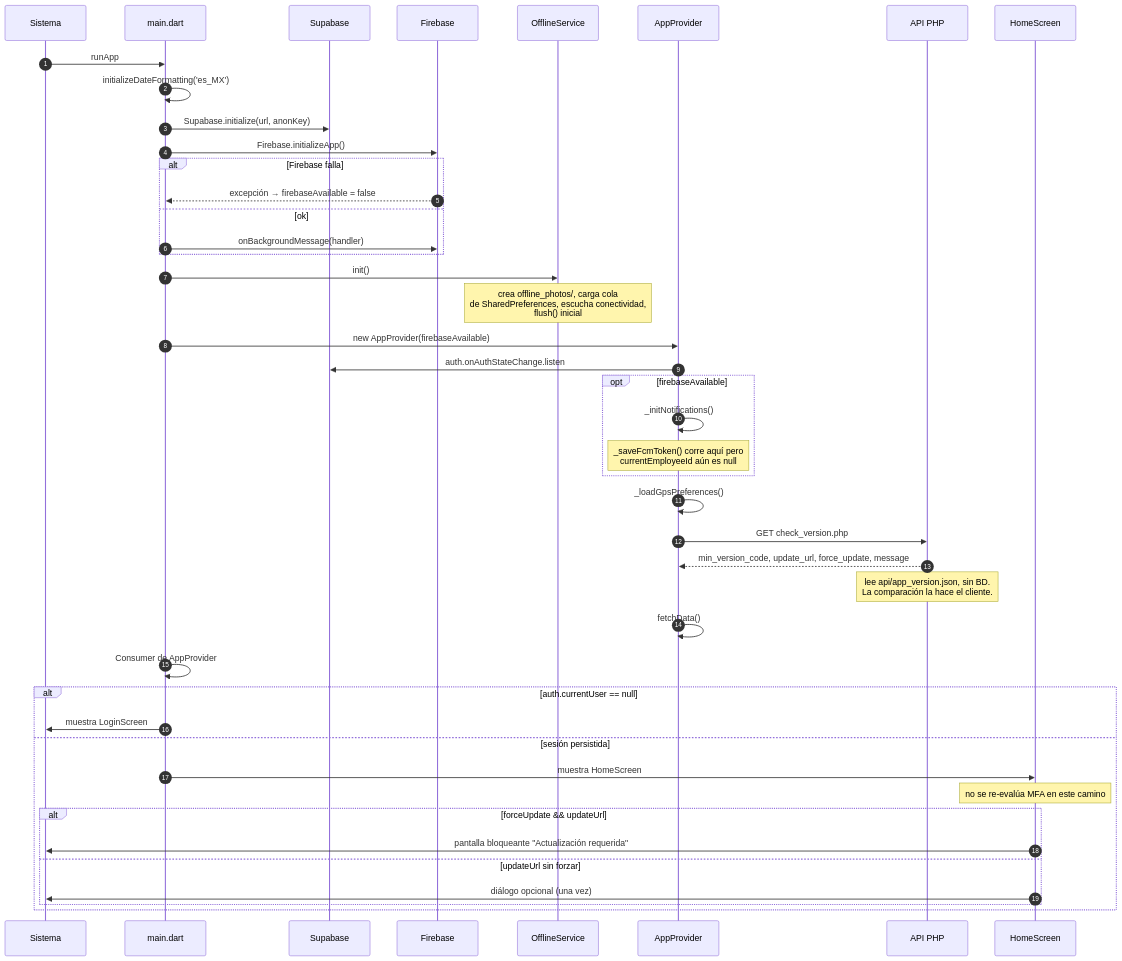
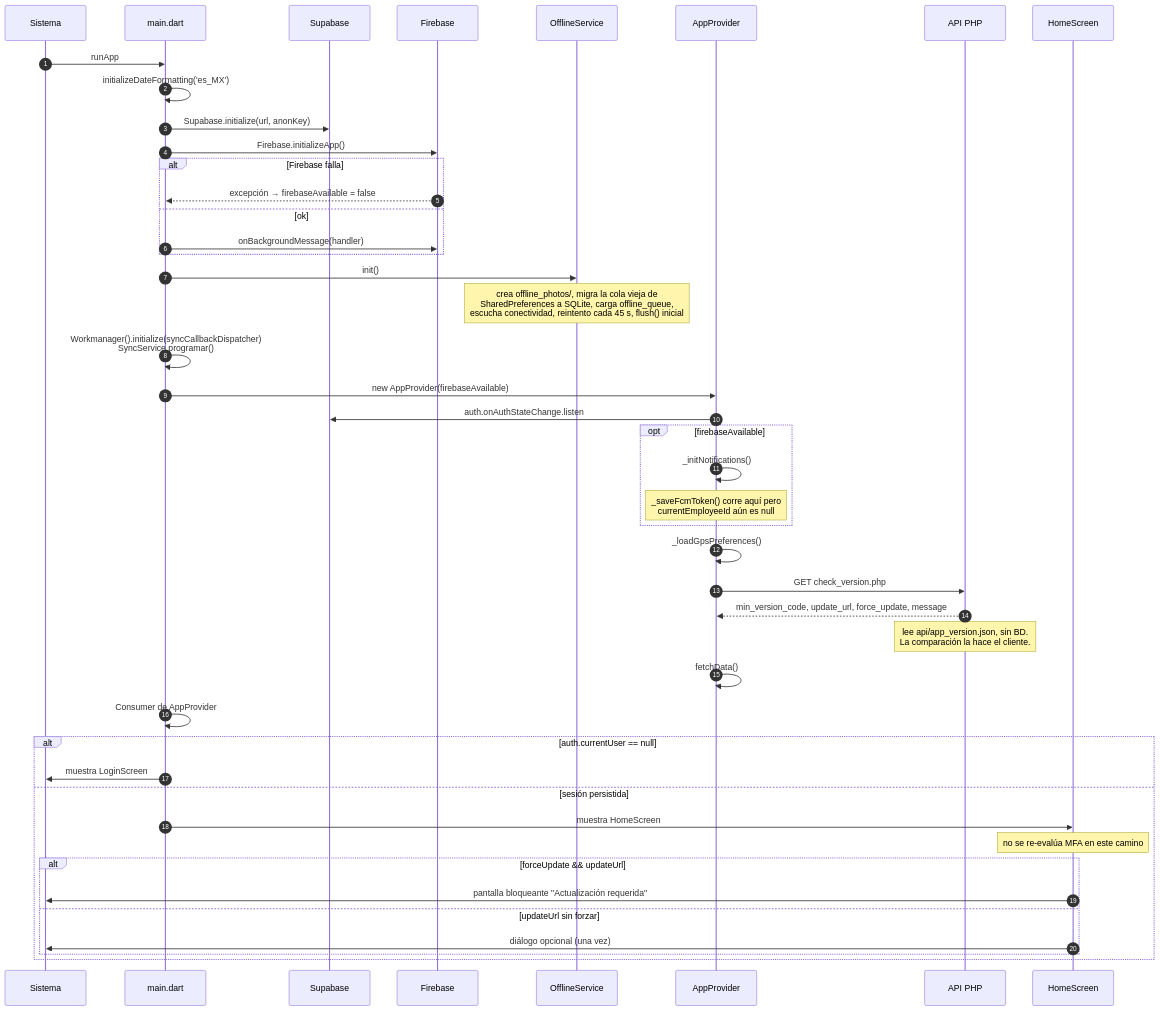
Before and after one commit to emmanueljarquin-sys/mecsa_ops_mobile: the first of 9 diagrams in docs/02-arranque-y-autenticacion.md, drawn with Mermaid. The commit also changed 23 other files, not shown here.

````diff
--- a/docs/02-arranque-y-autenticacion.md
+++ b/docs/02-arranque-y-autenticacion.md
@@ -7,47 +7,48 @@
 ```mermaid
 sequenceDiagram
     autonumber
     participant OS as Sistema
     participant Main as main.dart
     participant Supabase
     participant Firebase
     participant Offline as OfflineService
     participant Provider as AppProvider
     participant PHP as API PHP
     participant Home as HomeScreen
 
     OS->>Main: runApp
     Main->>Main: initializeDateFormatting('es_MX')
     Main->>Supabase: Supabase.initialize(url, anonKey)
     Main->>Firebase: Firebase.initializeApp()
     alt Firebase falla
         Firebase-->>Main: excepción → firebaseAvailable = false
     else ok
         Main->>Firebase: onBackgroundMessage(handler)
     end
     Main->>Offline: init()
-    Note over Offline: crea offline_photos/, carga cola<br/>de SharedPreferences, escucha conectividad,<br/>flush() inicial
+    Note over Offline: crea offline_photos/, migra la cola vieja de<br/>SharedPreferences a SQLite, carga offline_queue,<br/>escucha conectividad, reintento cada 45 s, flush() inicial
+    Main->>Main: Workmanager().initialize(syncCallbackDispatcher)<br/>SyncService.programar()
     Main->>Provider: new AppProvider(firebaseAvailable)
     Provider->>Supabase: auth.onAuthStateChange.listen
     opt firebaseAvailable
         Provider->>Provider: _initNotifications()
         Note over Provider: _saveFcmToken() corre aquí pero<br/>currentEmployeeId aún es null
     end
     Provider->>Provider: _loadGpsPreferences()
     Provider->>PHP: GET check_version.php
     PHP-->>Provider: min_version_code, update_url, force_update, message
     Note over PHP: lee api/app_version.json, sin BD.<br/>La comparación la hace el cliente.
     Provider->>Provider: fetchData()
     Main->>Main: Consumer de AppProvider
     alt auth.currentUser == null
         Main->>OS: muestra LoginScreen
     else sesión persistida
         Main->>Home: muestra HomeScreen
         Note over Home: no se re-evalúa MFA en este camino
         alt forceUpdate && updateUrl
             Home->>OS: pantalla bloqueante "Actualización requerida"
         else updateUrl sin forzar
             Home->>OS: diálogo opcional (una vez)
         end
     end
 ```
````
